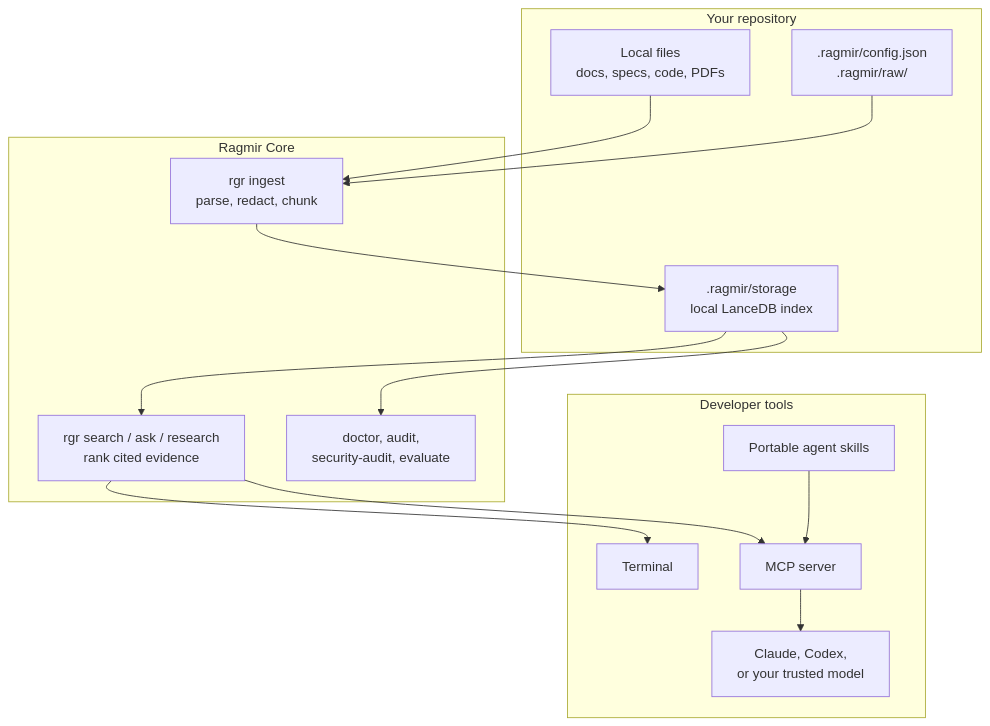
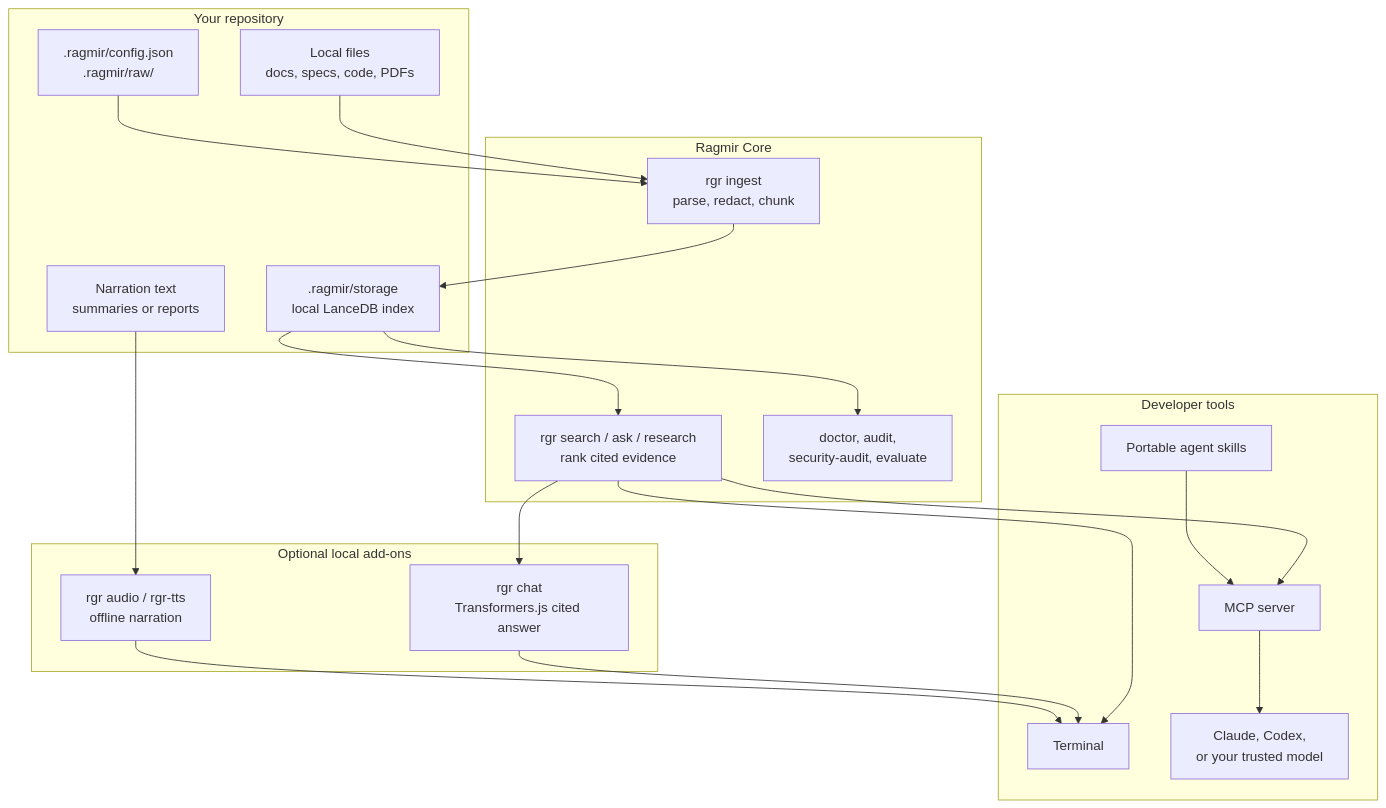
The diagram in README.md (jcode-works/jcode-ragmir), drawn with Mermaid before and after one commit. The commit also changed other lines of this file and 9 other files, not shown here.

````diff
--- a/README.md
+++ b/README.md
@@ -51,31 +51,41 @@
 ```mermaid
 flowchart TD
   subgraph Workspace["Your repository"]
     Docs["Local files<br/>docs, specs, code, PDFs"]
+    Narration["Narration text<br/>summaries or reports"]
     Config[".ragmir/config.json<br/>.ragmir/raw/"]
     Index[".ragmir/storage<br/>local LanceDB index"]
   end
 
   subgraph Ragmir["Ragmir Core"]
     Ingest["rgr ingest<br/>parse, redact, chunk"]
     Retrieve["rgr search / ask / research<br/>rank cited evidence"]
     Audit["doctor, audit,<br/>security-audit, evaluate"]
+  end
+
+  subgraph Addons["Optional local add-ons"]
+    Chat["rgr chat<br/>Transformers.js cited answer"]
+    TTS["rgr audio / rgr-tts<br/>offline narration"]
   end
 
   subgraph Agents["Developer tools"]
     CLI["Terminal"]
     MCP["MCP server"]
     Skills["Portable agent skills"]
     LLM["Claude, Codex,<br/>or your trusted model"]
   end
 
   Docs --> Ingest
   Config --> Ingest
   Ingest --> Index
   Index --> Retrieve
   Index --> Audit
+  Retrieve --> Chat
+  Narration --> TTS
   Retrieve --> CLI
   Retrieve --> MCP
+  Chat --> CLI
+  TTS --> CLI
   Skills --> MCP
   MCP --> LLM
 ```
````
